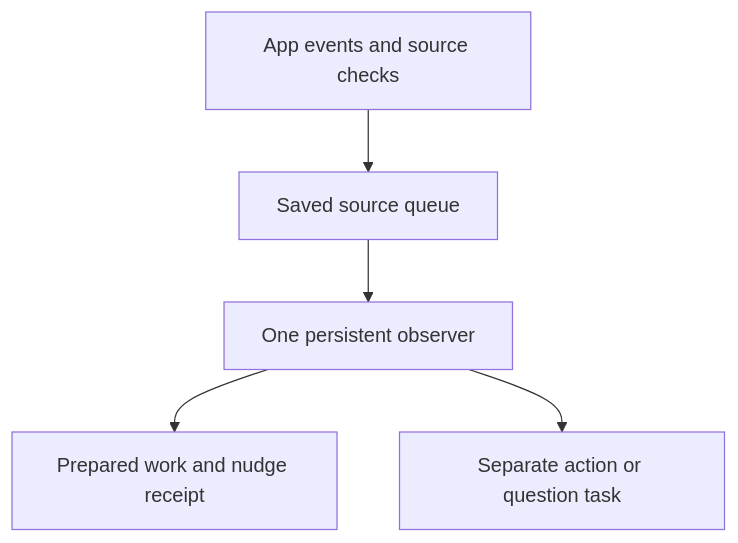
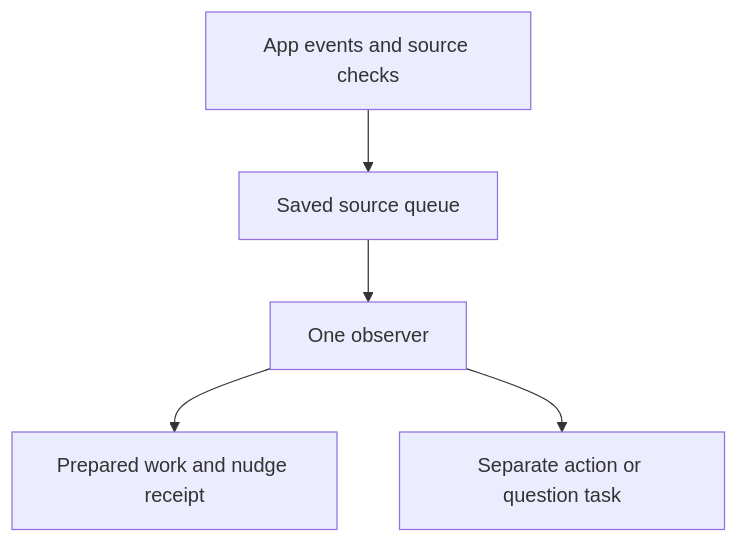
The third of 3 diagrams in docs/src/content/docs/how-it-works/threads-and-turns.md (KrishBhimani/nod), drawn with Mermaid before and after one commit. The commit also changed other lines of this file and 25 other files, not shown here.

````diff
--- a/docs/src/content/docs/how-it-works/threads-and-turns.md
+++ b/docs/src/content/docs/how-it-works/threads-and-turns.md
@@ -70,7 +70,7 @@
 ```mermaid
 flowchart TD
   events[App events and source checks] --> inbox[Saved source queue]
-  inbox --> observer[One persistent observer]
+  inbox --> observer[One observer]
   observer --> saved[Prepared work and nudge receipt]
   observer --> task[Separate action or question task]
 ```
````
